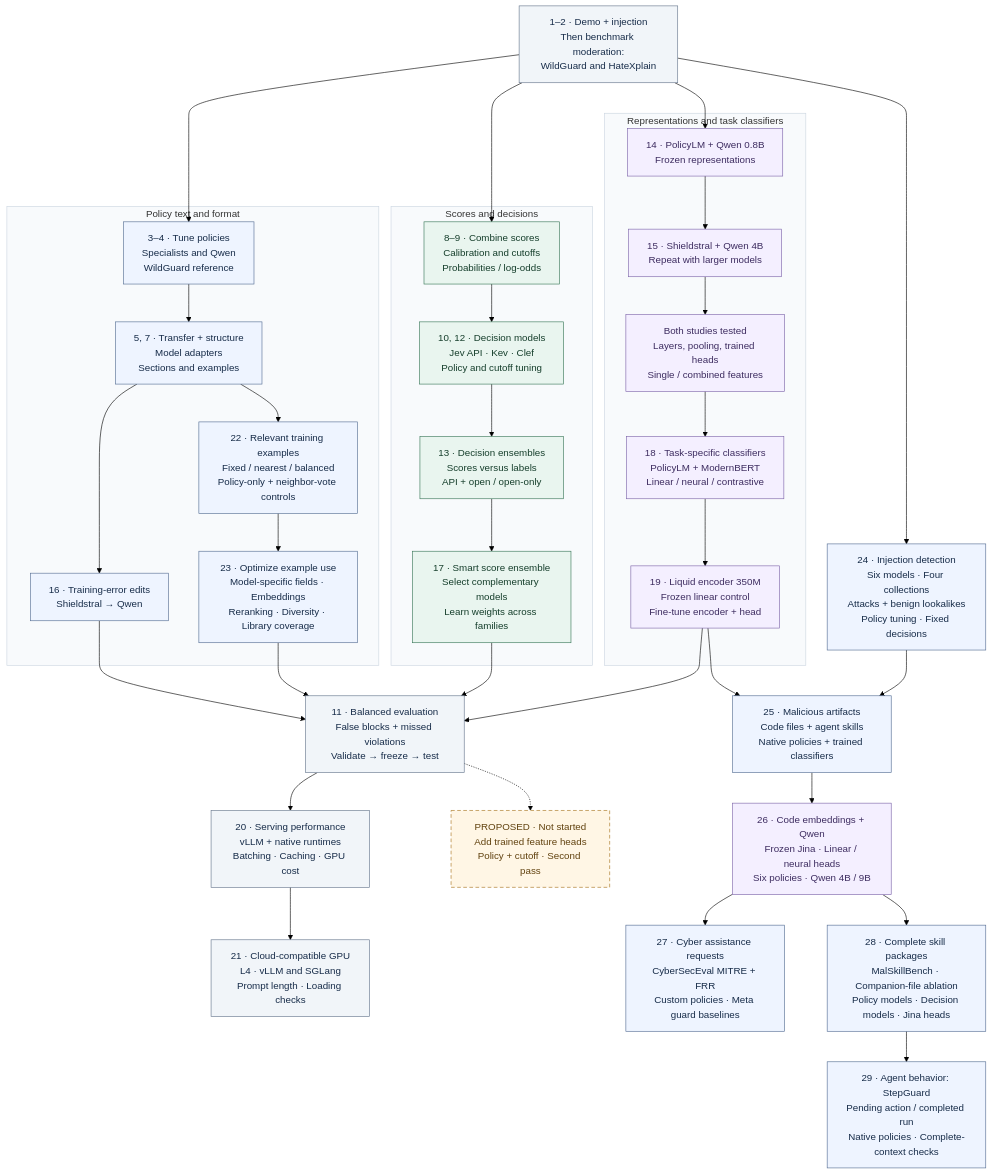
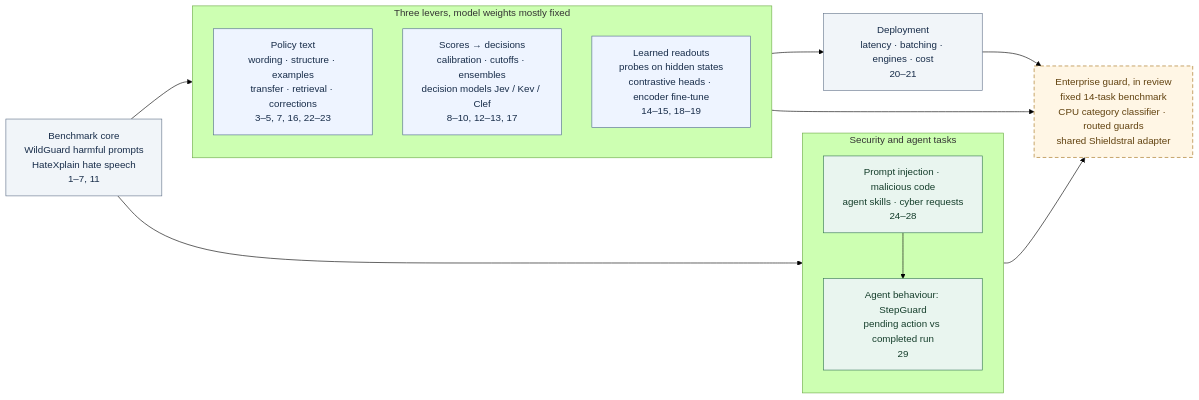
One commit to harshsinghal/safeguard-eval changed the diagram in README.md. Above: the diagram before and after it, drawn with Mermaid (forest theme). The commit also changed other lines of this file and 8 other files, not shown here.

````diff
--- a/README.md
+++ b/README.md
@@ -37,67 +27,37 @@
 ```mermaid
-flowchart TB
-    START["1–2 · Demo + injection<br/>Then benchmark moderation:<br/>WildGuard and HateXplain"]
+flowchart LR
+    CORE["Benchmark core<br/>WildGuard harmful prompts<br/>HateXplain hate speech<br/>1–7, 11"]
 
-    subgraph POLICY["Policy text and format"]
-        P1["3–4 · Tune policies<br/>Specialists and Qwen<br/>WildGuard reference"]
-        P2["5, 7 · Transfer + structure<br/>Model adapters<br/>Sections and examples"]
-        P3["16 · Training-error edits<br/>Shieldstral → Qwen"]
-        P4["22 · Relevant training examples<br/>Fixed / nearest / balanced<br/>Policy-only + neighbor-vote controls"]
-        P5["23 · Optimize example use<br/>Model-specific fields · Embeddings<br/>Reranking · Diversity · Library coverage"]
-        P1 --> P2 --> P3
-        P2 --> P4 --> P5
+    subgraph LEVERS["Three levers, model weights mostly fixed"]
+        direction TB
+        POLICY["Policy text<br/>wording · structure · examples<br/>transfer · retrieval · corrections<br/>3–5, 7, 16, 22–23"]
+        SCORES["Scores → decisions<br/>calibration · cutoffs · ensembles<br/>decision models Jev / Kev / Clef<br/>8–10, 12–13, 17"]
+        LEARN["Learned readouts<br/>probes on hidden states<br/>contrastive heads · encoder fine-tune<br/>14–15, 18–19"]
     end
 
-    subgraph SCORES["Scores and decisions"]
-        S1["8–9 · Combine scores<br/>Calibration and cutoffs<br/>Probabilities / log-odds"]
-        S2["10, 12 · Decision models<br/>Jev API · Kev · Clef<br/>Policy and cutoff tuning"]
-        S3["13 · Decision ensembles<br/>Scores versus labels<br/>API + open / open-only"]
-        S4["17 · Smart score ensemble<br/>Select complementary models<br/>Learn weights across families"]
-        S1 --> S2 --> S3 --> S4
+    subgraph SECURITY["Security and agent tasks"]
+        direction TB
+        SEC["Prompt injection · malicious code<br/>agent skills · cyber requests<br/>24–28"]
+        AGENT["Agent behaviour: StepGuard<br/>pending action vs completed run<br/>29"]
+        SEC --> AGENT
     end
 
-    subgraph FEATURES["Representations and task classifiers"]
-        F1["14 · PolicyLM + Qwen 0.8B<br/>Frozen representations"]
-        F2["15 · Shieldstral + Qwen 4B<br/>Repeat with larger models"]
-        F3["Both studies tested<br/>Layers, pooling, trained heads<br/>Single / combined features"]
-        F4["18 · Task-specific classifiers<br/>PolicyLM + ModernBERT<br/>Linear / neural / contrastive"]
-        F5["19 · Liquid encoder 350M<br/>Frozen linear control<br/>Fine-tune encoder + head"]
-        F1 --> F2 --> F3 --> F4 --> F5
-    end
+    DEPLOY["Deployment<br/>latency · batching · engines · cost<br/>20–21"]
+    GUARD["Enterprise guard, in review<br/>fixed 14-task benchmark<br/>CPU category classifier · routed guards<br/>shared Shieldstral adapter"]
 
-    START --> P1
-    START --> S1
-    START --> F1
-    P3 --> EVIDENCE
-    P5 --> EVIDENCE
-    S4 --> EVIDENCE
-    F5 --> EVIDENCE
-    EVIDENCE["11 · Balanced evaluation<br/>False blocks + missed violations<br/>Validate → freeze → test"]
-    EVIDENCE --> SERVING["20 · Serving performance<br/>vLLM + native runtimes<br/>Batching · Caching · GPU cost"]
-    SERVING --> CLOUD["21 · Cloud-compatible GPU<br/>L4 · vLLM and SGLang<br/>Prompt length · Loading checks"]
-    EVIDENCE -.-> NEXT["PROPOSED · Not started<br/>Add trained feature heads<br/>Policy + cutoff · Second pass"]
+    CORE --> LEVERS
+    CORE --> SEC
+    LEVERS --> DEPLOY
+    LEVERS --> GUARD
+    AGENT --> GUARD
+    DEPLOY --> GUARD
 
-    START --> INJECTION["24 · Injection detection<br/>Six models · Four collections<br/>Attacks + benign lookalikes<br/>Policy tuning · Fixed decisions"]
-
-    INJECTION --> ARTIFACTS["25 · Malicious artifacts<br/>Code files + agent skills<br/>Native policies + trained classifiers"]
-    F5 --> ARTIFACTS
-    ARTIFACTS --> ARTREP["26 · Code embeddings + Qwen<br/>Frozen Jina · Linear / neural heads<br/>Six policies · Qwen 4B / 9B"]
-    ARTREP --> CYBER["27 · Cyber assistance requests<br/>CyberSecEval MITRE + FRR<br/>Custom policies · Meta guard baselines"]
-    ARTREP --> SKILLS["28 · Complete skill packages<br/>MalSkillBench · Companion-file ablation<br/>Policy models · Decision models · Jina heads"]
-    SKILLS --> AGENT["29 · Agent behavior: StepGuard<br/>Pending action / completed run<br/>Native policies · Complete-context checks"]
-
-    classDef neutral fill:#f1f5f9,stroke:#64748b,color:#172c49;
-    classDef policy fill:#eef4ff,stroke:#526b91,color:#172c49;
-    classDef scores fill:#e9f5ef,stroke:#367556,color:#153e2b;
-    classDef features fill:#f4efff,stroke:#7b63a8,color:#3d2c60;
-    classDef proposed fill:#fff6e5,stroke:#a36e16,color:#61420f,stroke-dasharray:6 4;
-    class START,EVIDENCE,SERVING,CLOUD neutral;
-    class P1,P2,P3,P4,P5 policy;
-    class S1,S2,S3,S4 scores;
-    class F1,F2,F3,F4,F5,ARTREP features;
-    class NEXT proposed;
-    class INJECTION,ARTIFACTS,CYBER,SKILLS,AGENT policy;
-    style POLICY fill:#f8fafc,stroke:#cbd5e1
-    style SCORES fill:#f8fafc,stroke:#cbd5e1
-    style FEATURES fill:#f8fafc,stroke:#cbd5e1
+    classDef core fill:#f1f5f9,stroke:#64748b,color:#172c49;
+    classDef lever fill:#eef4ff,stroke:#526b91,color:#172c49;
+    classDef sec fill:#e9f5ef,stroke:#367556,color:#153e2b;
+    classDef next fill:#fff6e5,stroke:#a36e16,color:#61420f,stroke-dasharray:6 4;
+    class CORE,DEPLOY core;
+    class POLICY,SCORES,LEARN lever;
+    class SEC,AGENT sec;
+    class GUARD next;
 ```
````
